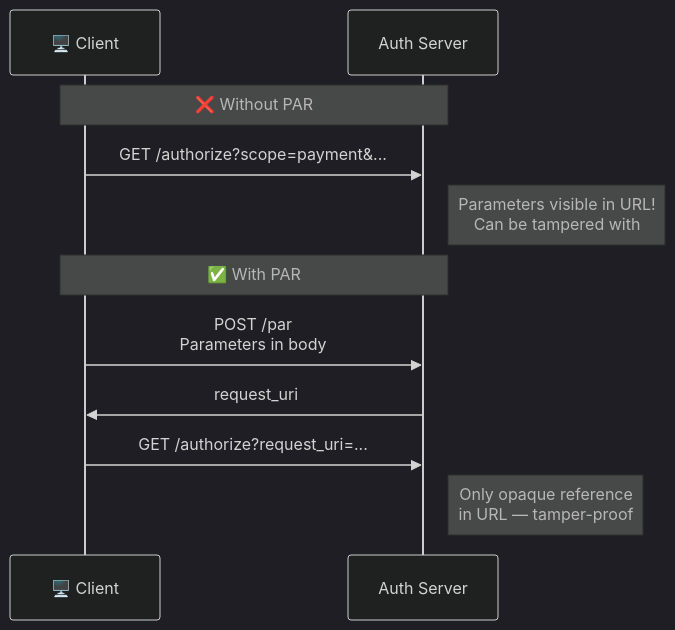
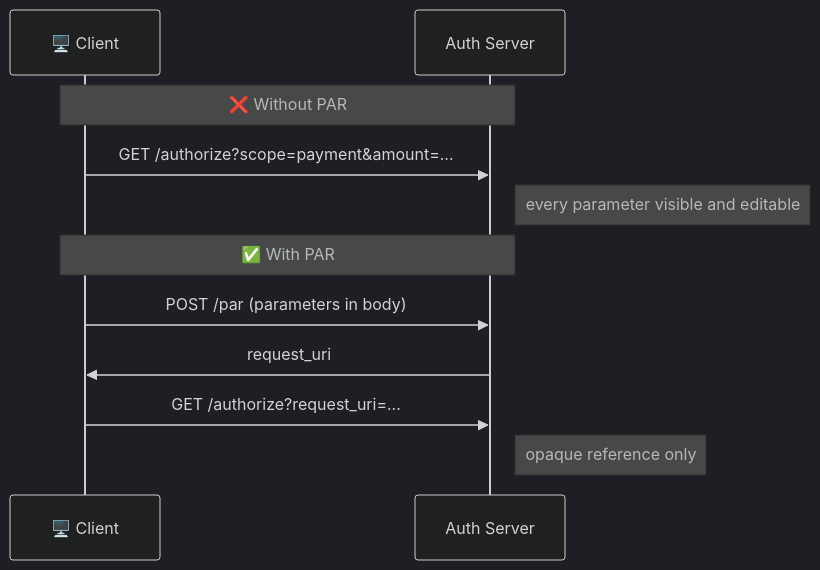
The second of 7 diagrams in docs/FAPI-TUTORIAL.md (blackadi/OAUTH2.0), drawn with Mermaid before and after one commit. The commit also changed other lines of this file and 1 other file, not shown here.

First line of the commit message:
docs(fapi): rewrite the tutorial around the flow that now works

````diff
--- a/docs/FAPI-TUTORIAL.md
+++ b/docs/FAPI-TUTORIAL.md
@@ -121,16 +97,14 @@
 ```mermaid
 %%{init: {'theme': 'dark'}}%%
 sequenceDiagram
     participant C as 🖥️ Client
     participant AS as Auth Server
-
     Note over C,AS: ❌ Without PAR
-    C->>AS: GET /authorize?scope=payment&...
-    Note right of AS: Parameters visible in URL!<br/>Can be tampered with
-
+    C->>AS: GET /authorize?scope=payment&amount=...
+    Note right of AS: every parameter visible and editable
     Note over C,AS: ✅ With PAR
-    C->>AS: POST /par<br/>Parameters in body
+    C->>AS: POST /par (parameters in body)
     AS->>C: request_uri
     C->>AS: GET /authorize?request_uri=...
-    Note right of AS: Only opaque reference<br/>in URL — tamper-proof
+    Note right of AS: opaque reference only
 ```
````
